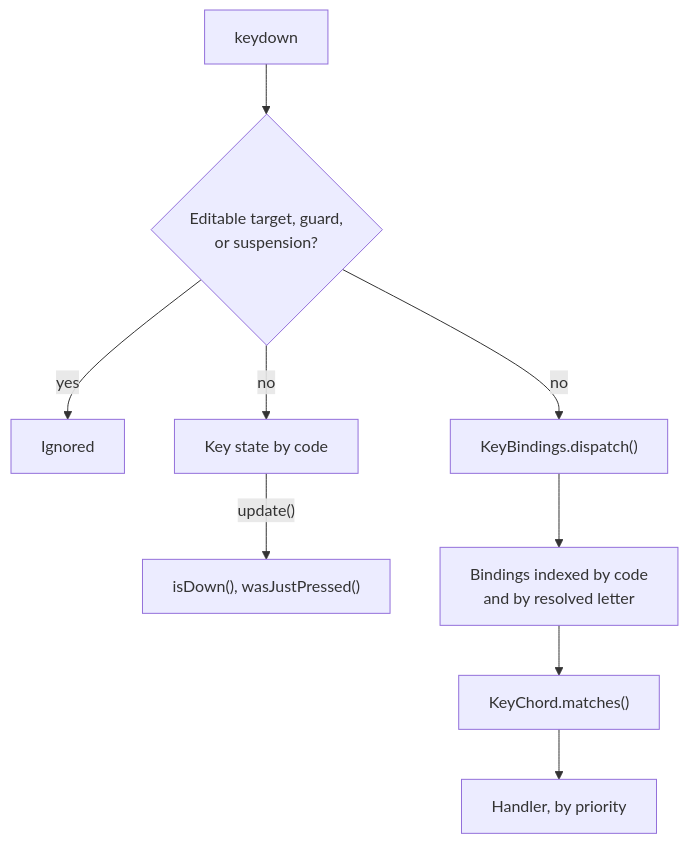
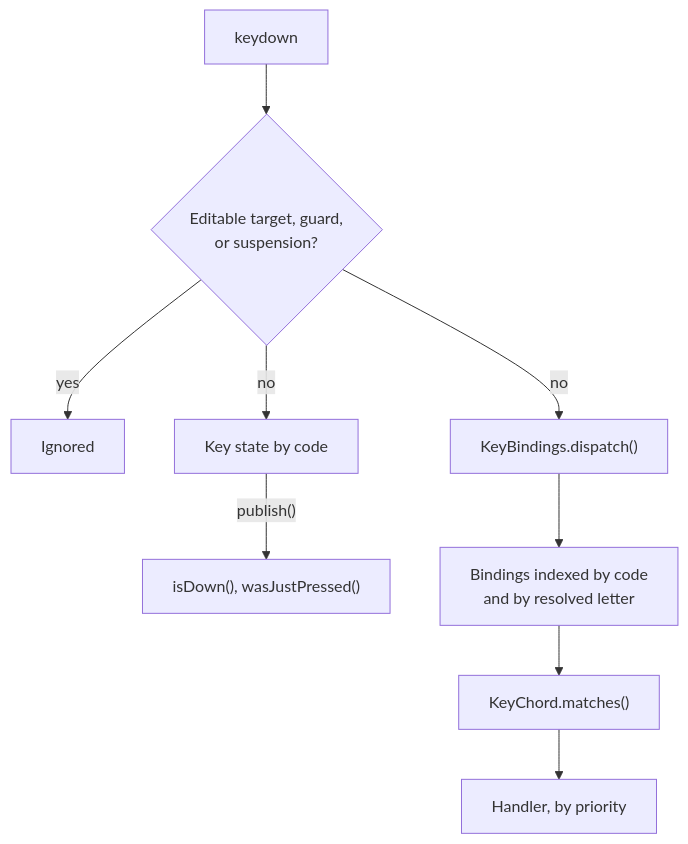
Before and after one commit to JollyPixel/editor: the fourth of 4 diagrams in packages/controls/ARCHITECTURE.md, drawn with Mermaid. The commit also changed other lines of this file and 57 other files, not shown here.

````diff
--- a/packages/controls/ARCHITECTURE.md
+++ b/packages/controls/ARCHITECTURE.md
@@ -52,11 +104,11 @@
 ```mermaid
 flowchart TB
     Event["keydown"] --> Filter{"Editable target, guard,<br/>or suspension?"}
     Filter -->|yes| Ignored["Ignored"]
     Filter -->|no| State["Key state by code"]
     Filter -->|no| Bindings["KeyBindings.dispatch()"]
-    State -->|"update()"| Polling["isDown(), wasJustPressed()"]
+    State -->|"publish()"| Polling["isDown(), wasJustPressed()"]
     Bindings --> Candidates["Bindings indexed by code<br/>and by resolved letter"]
     Candidates --> Match["KeyChord.matches()"]
     Match --> Handler["Handler, by priority"]
 ```
````
